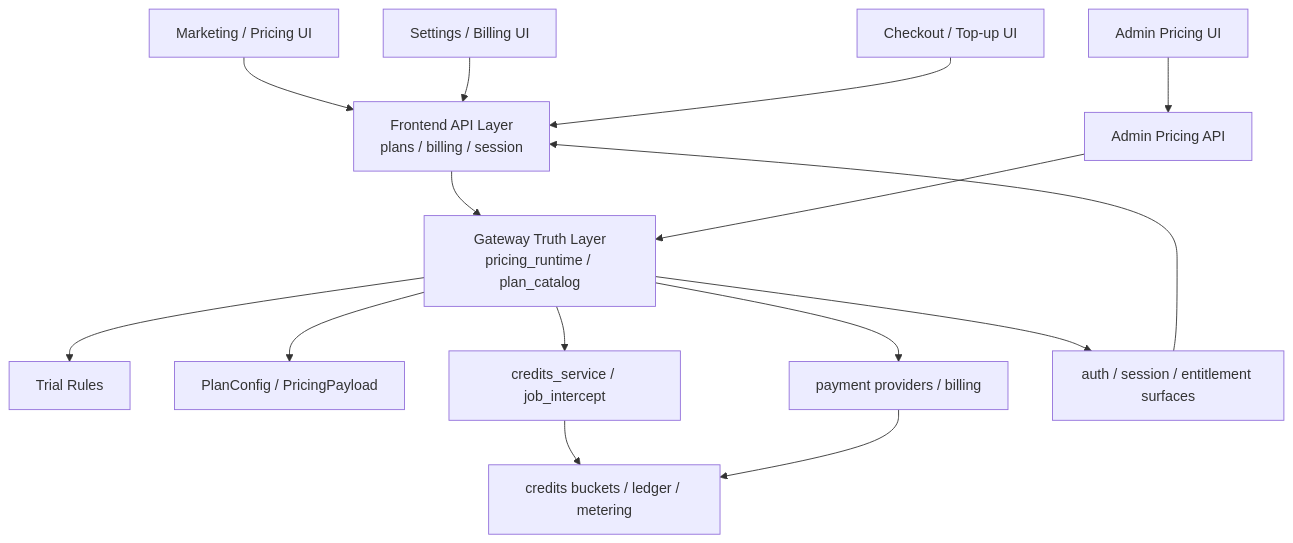
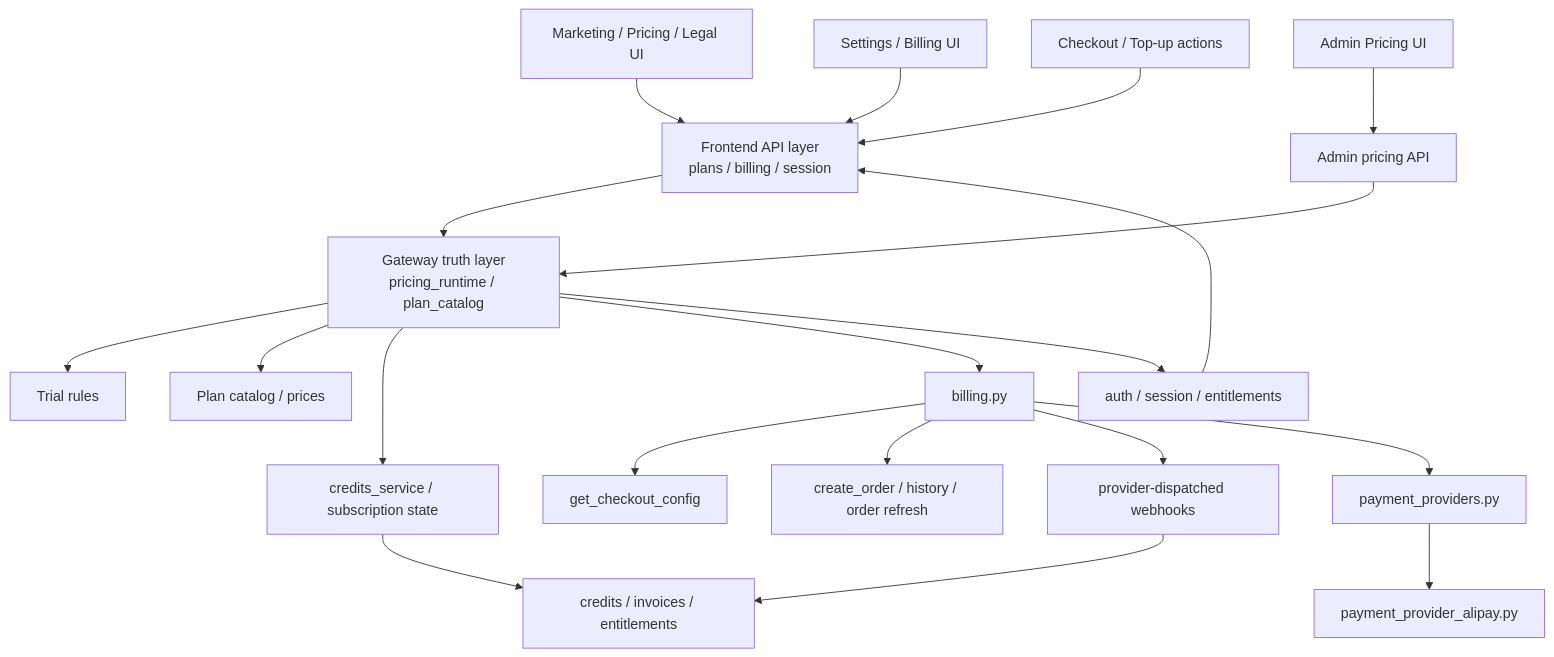
The diagram in docs/graphs/GITNEXUS_COMMERCIALIZATION_GRAPH.md (sun9bear/AITransVideo), drawn with Mermaid before and after one commit. The commit also changed other lines of this file and 208 other files, not shown here.

````diff
--- a/docs/graphs/GITNEXUS_COMMERCIALIZATION_GRAPH.md
+++ b/docs/graphs/GITNEXUS_COMMERCIALIZATION_GRAPH.md
@@ -17,20 +18,26 @@
 ```mermaid
 graph TD
-    Marketing["Marketing / Pricing UI"] --> FrontAPI
-    Settings["Settings / Billing UI"] --> FrontAPI
-    Checkout["Checkout / Top-up UI"] --> FrontAPI
+    Marketing["Marketing / Pricing / Legal UI"] --> FrontAPI
+    BillingCenter["Settings / Billing UI"] --> FrontAPI
+    Checkout["Checkout / Top-up actions"] --> FrontAPI
     AdminPricing["Admin Pricing UI"] --> AdminAPI
 
-    FrontAPI["Frontend API Layer<br/>plans / billing / session"] --> GatewayTruth
-    AdminAPI["Admin Pricing API"] --> GatewayTruth
+    FrontAPI["Frontend API layer<br/>plans / billing / session"] --> GatewayTruth
+    AdminAPI["Admin pricing API"] --> GatewayTruth
 
-    GatewayTruth["Gateway Truth Layer<br/>pricing_runtime / plan_catalog"] --> Trial["Trial Rules"]
-    GatewayTruth --> Plans["PlanConfig / PricingPayload"]
-    GatewayTruth --> Credits["credits_service / job_intercept"]
-    GatewayTruth --> Payment["payment providers / billing"]
-    GatewayTruth --> Session["auth / session / entitlement surfaces"]
+    GatewayTruth["Gateway truth layer<br/>pricing_runtime / plan_catalog"] --> Trial["Trial rules"]
+    GatewayTruth --> Plans["Plan catalog / prices"]
+    GatewayTruth --> Credits["credits_service / subscription state"]
+    GatewayTruth --> Billing["billing.py"]
+    GatewayTruth --> Session["auth / session / entitlements"]
 
-    Credits --> Ledger["credits buckets / ledger / metering"]
-    Payment --> Ledger
+    Billing --> ProviderConfig["get_checkout_config"]
+    Billing --> Orders["create_order / history / order refresh"]
+    Billing --> Webhooks["provider-dispatched webhooks"]
+    Billing --> Providers["payment_providers.py"]
+    Providers --> Alipay["payment_provider_alipay.py"]
+
+    Credits --> Ledger["credits / invoices / entitlements"]
+    Webhooks --> Ledger
     Session --> FrontAPI
 ```
````
